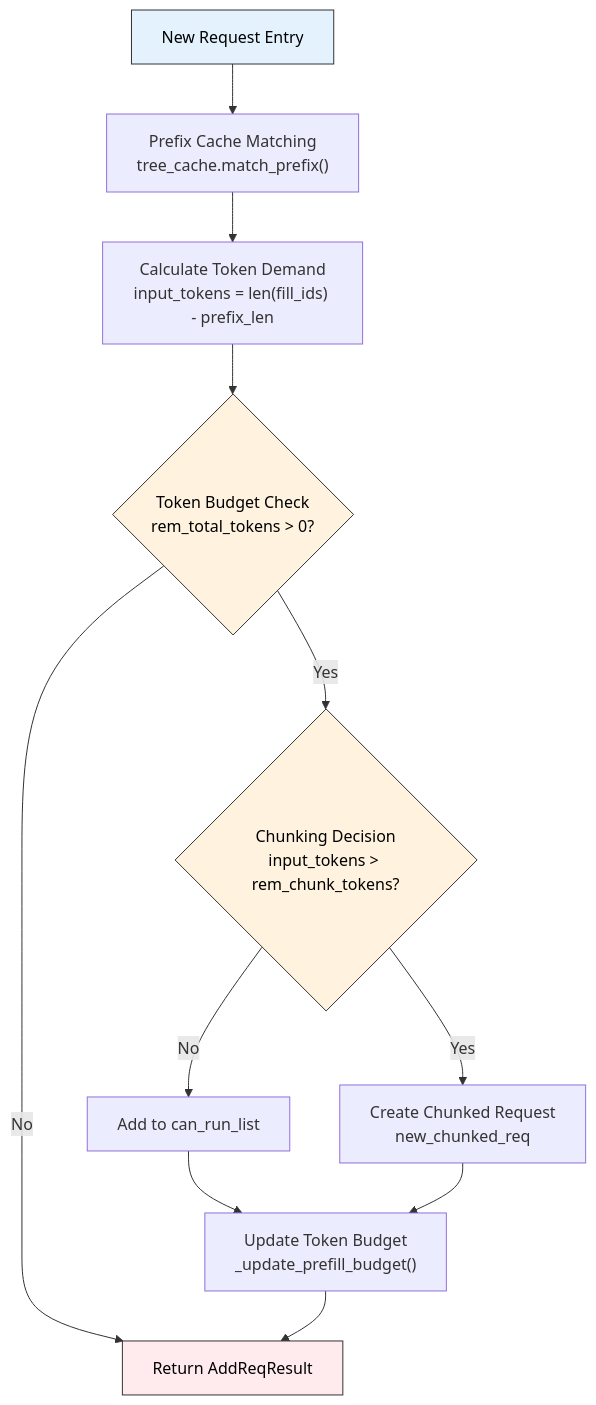
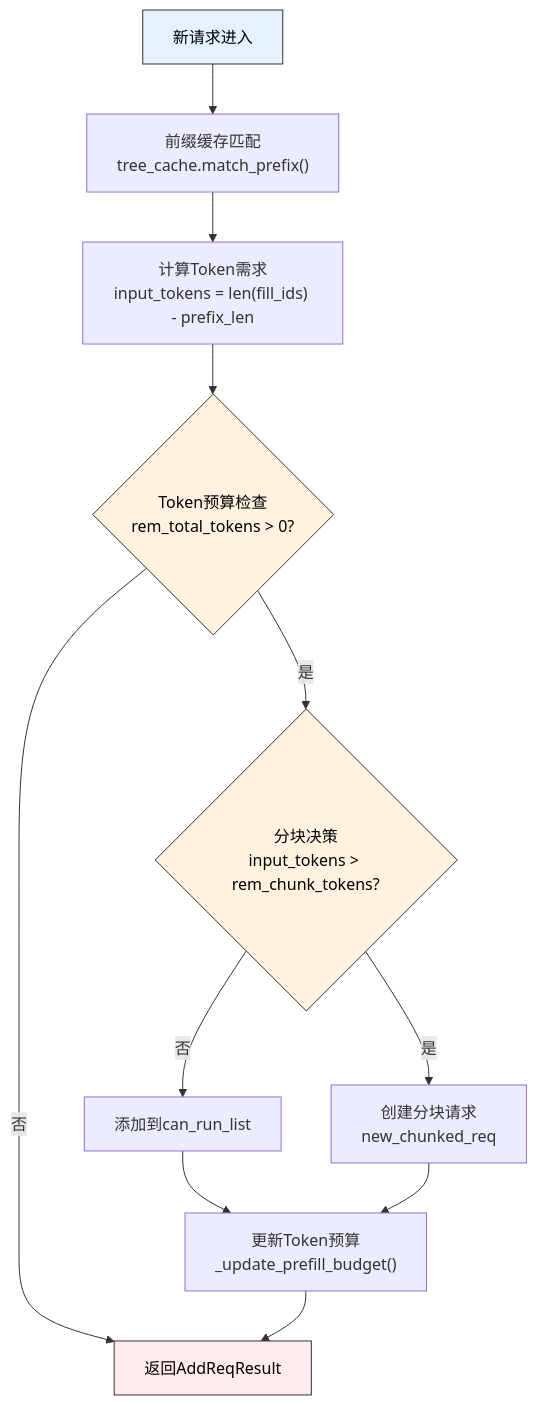
One commit to JRChen0927/sglang changed the fourth of 6 diagrams in SGLang开发者技术文档/01-调度器/04-批处理调度策略.md. Above: the diagram before and after it, drawn with Mermaid. The commit also changed other lines of this file, not shown here.

````diff
--- a/SGLang开发者技术文档/01-调度器/04-批处理调度策略.md
+++ b/SGLang开发者技术文档/01-调度器/04-批处理调度策略.md
@@ -361,28 +361,28 @@
 ```mermaid
 graph TD
-    A1["New Request Entry"]
-    A2["Prefix Cache Matching<br/>tree_cache.match_prefix()"]
-    A3["Calculate Token Demand<br/>input_tokens = len(fill_ids) - prefix_len"]
-    A4{"Token Budget Check<br/>rem_total_tokens > 0?"}
-    A5{"Chunking Decision<br/>input_tokens > rem_chunk_tokens?"}
-    A6["Add to can_run_list"]
-    A7["Create Chunked Request<br/>new_chunked_req"]
-    A8["Update Token Budget<br/>_update_prefill_budget()"]
-    A9["Return AddReqResult"]
+    A1["新请求进入"]
+    A2["前缀缓存匹配<br/>tree_cache.match_prefix()"]
+    A3["计算Token需求<br/>input_tokens = len(fill_ids) - prefix_len"]
+    A4{"Token预算检查<br/>rem_total_tokens > 0?"}
+    A5{"分块决策<br/>input_tokens > rem_chunk_tokens?"}
+    A6["添加到can_run_list"]
+    A7["创建分块请求<br/>new_chunked_req"]
+    A8["更新Token预算<br/>_update_prefill_budget()"]
+    A9["返回AddReqResult"]
 
     A1 --> A2
     A2 --> A3
     A3 --> A4
-    A4 -->|Yes| A5
-    A4 -->|No| A9
-    A5 -->|No| A6
-    A5 -->|Yes| A7
+    A4 -->|是| A5
+    A4 -->|否| A9
+    A5 -->|否| A6
+    A5 -->|是| A7
     A6 --> A8
     A7 --> A8
     A8 --> A9
 
     style A1 fill:#e3f2fd,color:#000000,stroke:#333
     style A4 fill:#fff3e0,color:#000000,stroke:#333
     style A5 fill:#fff3e0,color:#000000,stroke:#333
     style A9 fill:#ffebee,color:#000000,stroke:#333
 ```
````
